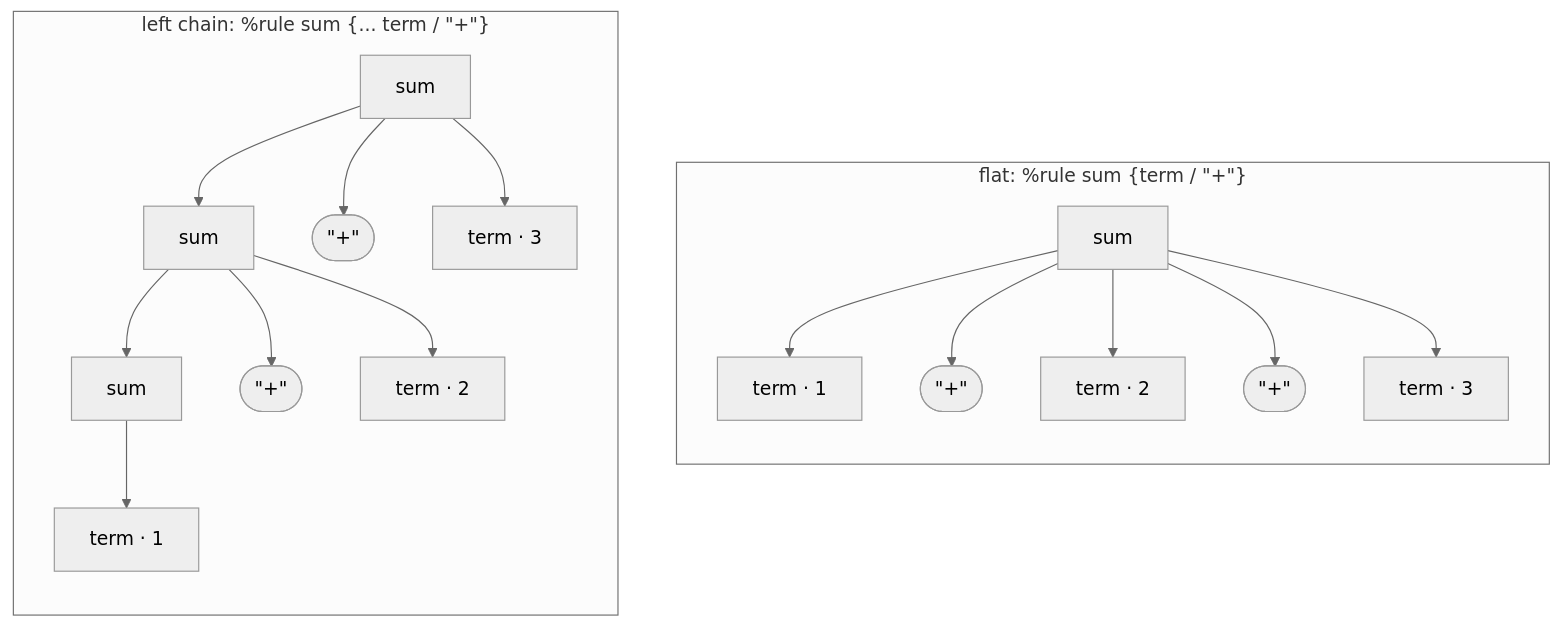
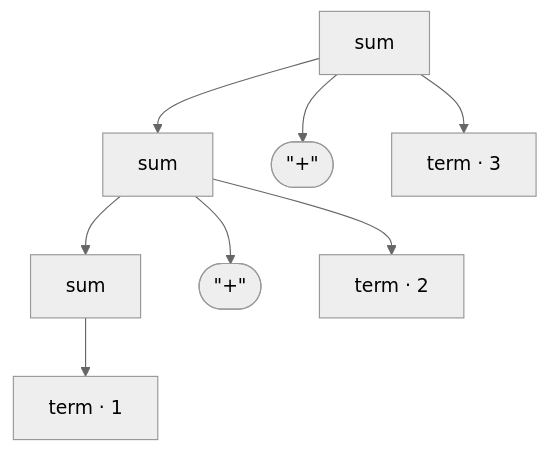
Before and after one commit to int19h/gencmu: the third of 4 diagrams in docs/notation.md, drawn with Mermaid (neutral theme). The commit also changed other lines of this file, not shown here.

Commit message:
Draw the chain trees as two diagrams so Mermaid keeps child order

````diff
--- a/docs/notation.md
+++ b/docs/notation.md
@@ -260,21 +271,10 @@
 ```mermaid
 flowchart TB
-  subgraph flat ["flat: %rule sum {term / #quot;+#quot;}"]
-    direction TB
-    f["sum"] --> f1["term · 1"]
-    f --> fp1(["#quot;+#quot;"])
-    f --> f2["term · 2"]
-    f --> fp2(["#quot;+#quot;"])
-    f --> f3["term · 3"]
-  end
-  subgraph chain ["left chain: %rule sum {... term / #quot;+#quot;}"]
-    direction TB
-    c["sum"] --> c12["sum"]
-    c --> cp2(["#quot;+#quot;"])
-    c --> c3["term · 3"]
-    c12 --> c1s["sum"]
-    c12 --> cp1(["#quot;+#quot;"])
-    c12 --> c2["term · 2"]
-    c1s --> c1["term · 1"]
-  end
+  c["sum"] --> c12["sum"]
+  c --> cp2(["#quot;+#quot;"])
+  c --> c3["term · 3"]
+  c12 --> c1s["sum"]
+  c12 --> cp1(["#quot;+#quot;"])
+  c12 --> c2["term · 2"]
+  c1s --> c1["term · 1"]
 ```
````
